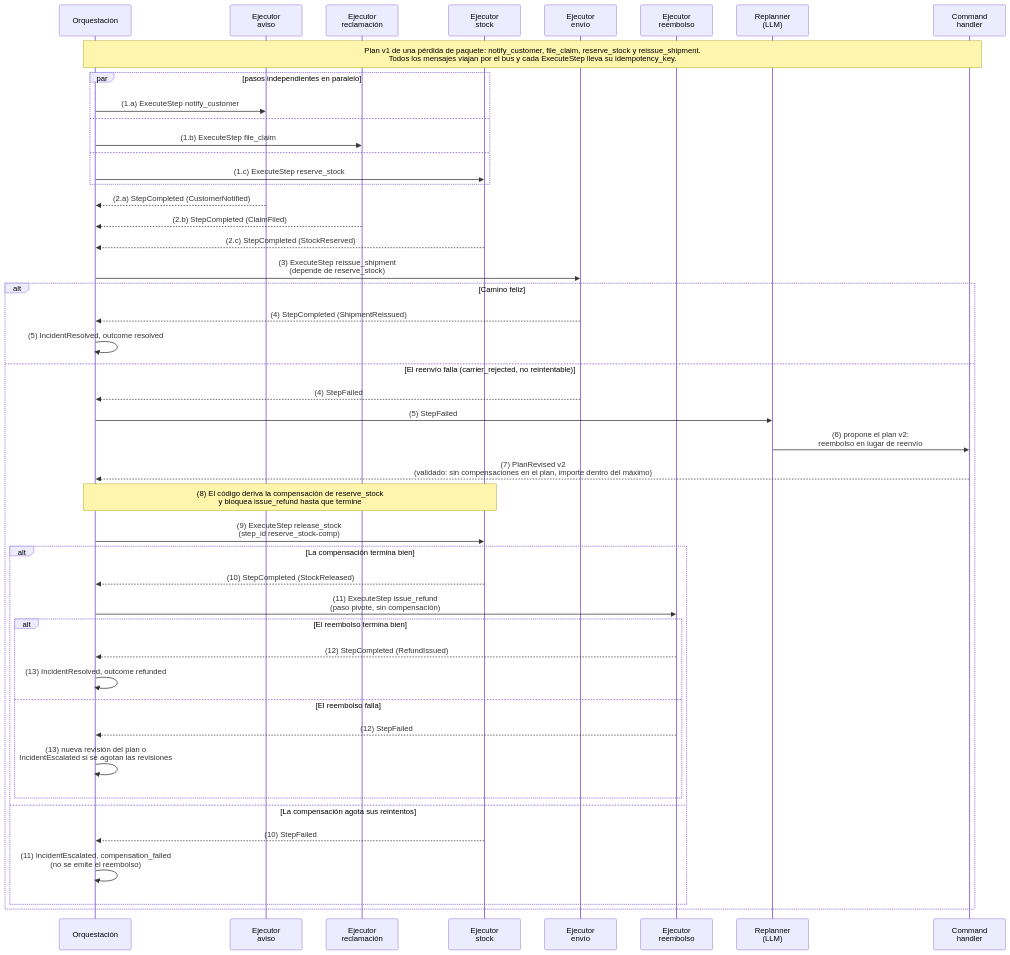
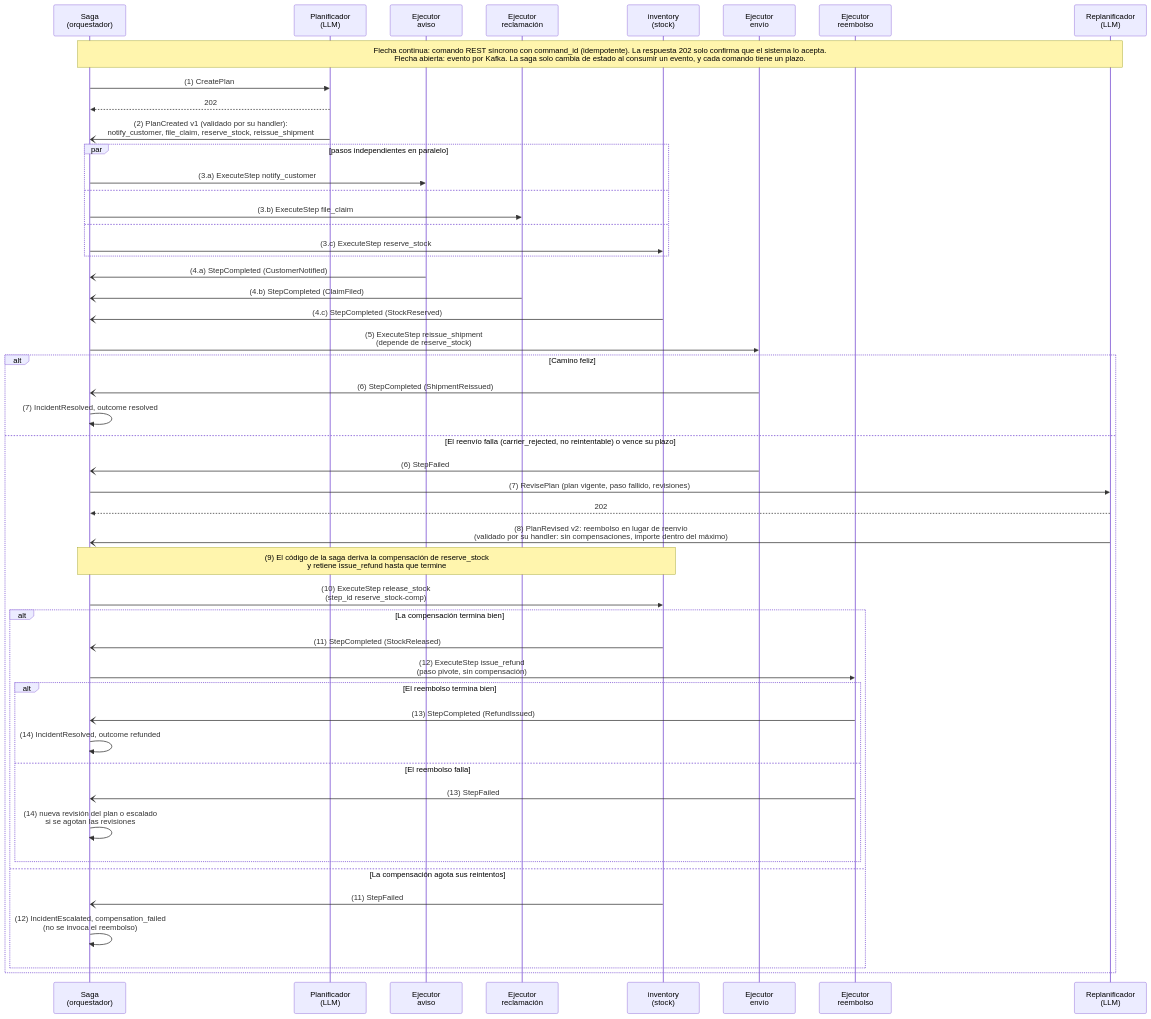
Before and after one commit to whinedo/eda-retail: the second of 3 diagrams in docs/README.md, drawn with Mermaid. The commit also changed other lines of this file and 1 other file, not shown here.

First line of the commit message:
docs(eda): redraw agent, saga and CQRS diagrams for REST commands

````diff
--- a/docs/README.md
+++ b/docs/README.md
@@ -61,48 +65,51 @@
 ```mermaid
 sequenceDiagram
-  participant Orq as Orquestación
+  participant Orq as Saga<br/>(orquestador)
+  participant Pl as Planificador<br/>(LLM)
   participant Av as Ejecutor<br/>aviso
   participant Rc as Ejecutor<br/>reclamación
-  participant St as Ejecutor<br/>stock
+  participant St as inventory<br/>(stock)
   participant En as Ejecutor<br/>envío
   participant Rf as Ejecutor<br/>reembolso
-  participant Rp as Replanner<br/>(LLM)
-  participant CH as Command<br/>handler
-  Note over Orq,CH: Plan v1 de una pérdida de paquete: notify_customer, file_claim, reserve_stock y reissue_shipment.<br/>Todos los mensajes viajan por el bus y cada ExecuteStep lleva su idempotency_key.
+  participant Rp as Replanificador<br/>(LLM)
+  Note over Orq,Rp: Flecha continua: comando REST síncrono con command_id (idempotente). La respuesta 202 solo confirma que el sistema lo acepta.<br/>Flecha abierta: evento por Kafka. La saga solo cambia de estado al consumir un evento, y cada comando tiene un plazo.
+  Orq->>Pl: (1) CreatePlan
+  Pl-->>Orq: 202
+  Pl-)Orq: (2) PlanCreated v1 (validado por su handler):<br/>notify_customer, file_claim, reserve_stock, reissue_shipment
   par pasos independientes en paralelo
-    Orq->>Av: (1.a) ExecuteStep notify_customer
+    Orq->>Av: (3.a) ExecuteStep notify_customer
   and
-    Orq->>Rc: (1.b) ExecuteStep file_claim
+    Orq->>Rc: (3.b) ExecuteStep file_claim
   and
-    Orq->>St: (1.c) ExecuteStep reserve_stock
+    Orq->>St: (3.c) ExecuteStep reserve_stock
   end
-  Av-->>Orq: (2.a) StepCompleted (CustomerNotified)
-  Rc-->>Orq: (2.b) StepCompleted (ClaimFiled)
-  St-->>Orq: (2.c) StepCompleted (StockReserved)
-  Orq->>En: (3) ExecuteStep reissue_shipment<br/>(depende de reserve_stock)
+  Av-)Orq: (4.a) StepCompleted (CustomerNotified)
+  Rc-)Orq: (4.b) StepCompleted (ClaimFiled)
+  St-)Orq: (4.c) StepCompleted (StockReserved)
+  Orq->>En: (5) ExecuteStep reissue_shipment<br/>(depende de reserve_stock)
   alt Camino feliz
-    En-->>Orq: (4) StepCompleted (ShipmentReissued)
-    Orq->>Orq: (5) IncidentResolved, outcome resolved
-  else El reenvío falla (carrier_rejected, no reintentable)
-    En-->>Orq: (4) StepFailed
-    Orq->>Rp: (5) StepFailed
-    Rp->>CH: (6) propone el plan v2:<br/>reembolso en lugar de reenvío
-    CH-->>Orq: (7) PlanRevised v2<br/>(validado: sin compensaciones en el plan, importe dentro del máximo)
-    Note over Orq,St: (8) El código deriva la compensación de reserve_stock<br/>y bloquea issue_refund hasta que termine
-    Orq->>St: (9) ExecuteStep release_stock<br/>(step_id reserve_stock-comp)
+    En-)Orq: (6) StepCompleted (ShipmentReissued)
+    Orq->>Orq: (7) IncidentResolved, outcome resolved
+  else El reenvío falla (carrier_rejected, no reintentable) o vence su plazo
+    En-)Orq: (6) StepFailed
+    Orq->>Rp: (7) RevisePlan (plan vigente, paso fallido, revisiones)
+    Rp-->>Orq: 202
+    Rp-)Orq: (8) PlanRevised v2: reembolso en lugar de reenvío<br/>(validado por su handler: sin compensaciones, importe dentro del máximo)
+    Note over Orq,St: (9) El código de la saga deriva la compensación de reserve_stock<br/>y retiene issue_refund hasta que termine
+    Orq->>St: (10) ExecuteStep release_stock<br/>(step_id reserve_stock-comp)
     alt La compensación termina bien
-      St-->>Orq: (10) StepCompleted (StockReleased)
-      Orq->>Rf: (11) ExecuteStep issue_refund<br/>(paso pivote, sin compensación)
+      St-)Orq: (11) StepCompleted (StockReleased)
+      Orq->>Rf: (12) ExecuteStep issue_refund<br/>(paso pivote, sin compensación)
       alt El reembolso termina bien
-        Rf-->>Orq: (12) StepCompleted (RefundIssued)
-        Orq->>Orq: (13) IncidentResolved, outcome refunded
+        Rf-)Orq: (13) StepCompleted (RefundIssued)
+        Orq->>Orq: (14) IncidentResolved, outcome refunded
       else El reembolso falla
-        Rf-->>Orq: (12) StepFailed
-        Orq->>Orq: (13) nueva revisión del plan o<br/>IncidentEscalated si se agotan las revisiones
+        Rf-)Orq: (13) StepFailed
+        Orq->>Orq: (14) nueva revisión del plan o escalado<br/>si se agotan las revisiones
       end
     else La compensación agota sus reintentos
-      St-->>Orq: (10) StepFailed
-      Orq->>Orq: (11) IncidentEscalated, compensation_failed<br/>(no se emite el reembolso)
+      St-)Orq: (11) StepFailed
+      Orq->>Orq: (12) IncidentEscalated, compensation_failed<br/>(no se invoca el reembolso)
     end
   end
 ```
````
